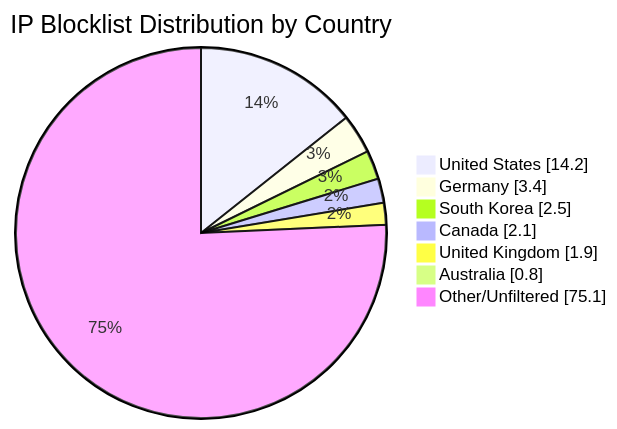
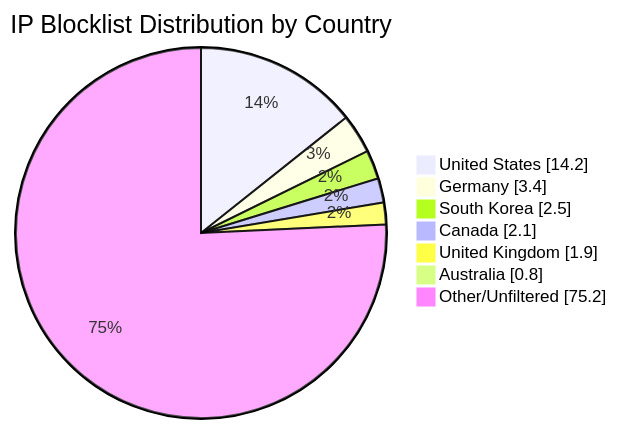
One commit to MarcusHoltz/ipblocklist-geofiltered-aggregator changed the diagram in README.md. Above: the diagram before and after it, drawn with Mermaid. The commit also changed other lines of this file and 9 other files, not shown here.

````diff
--- a/README.md
+++ b/README.md
@@ -34,10 +34,10 @@
 ```mermaid
 pie showData title IP Blocklist Distribution by Country
 "United States" : 14.2
 "Germany" : 3.4
 "South Korea" : 2.5
 "Canada" : 2.1
 "United Kingdom" : 1.9
 "Australia" : 0.8
-"Other/Unfiltered" : 75.1
+"Other/Unfiltered" : 75.2
 ```
````
